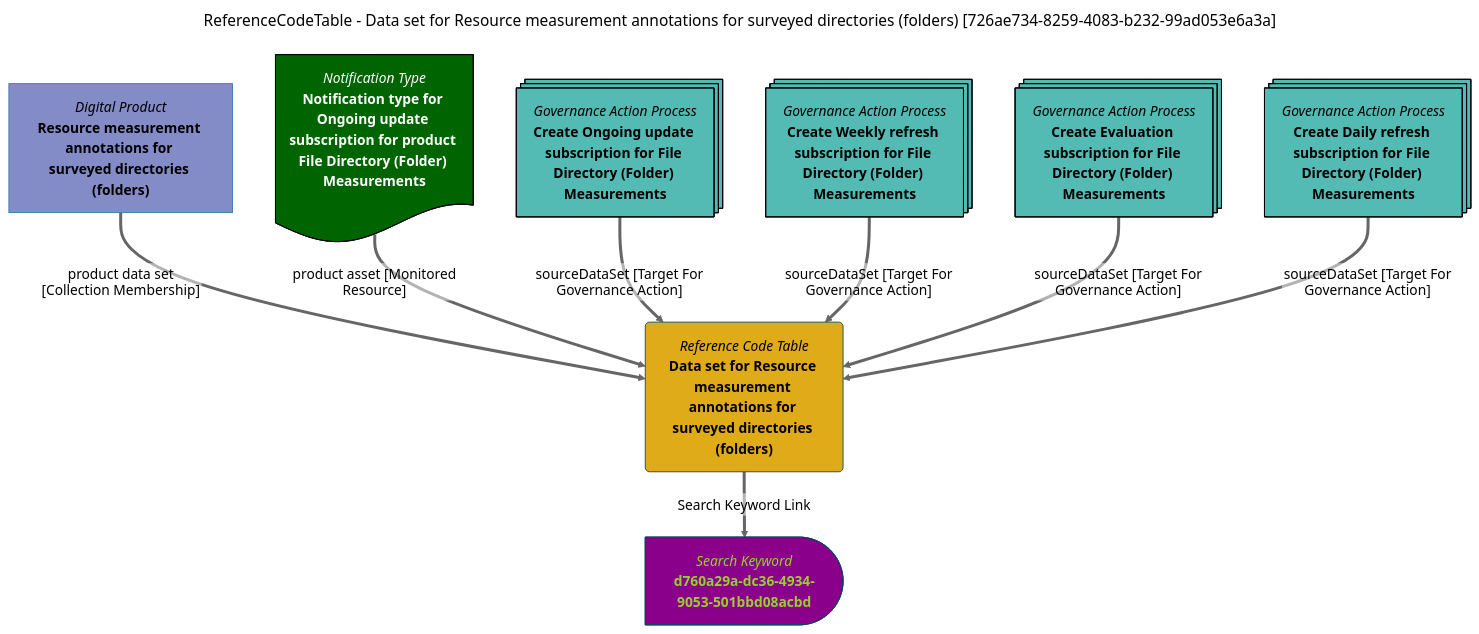
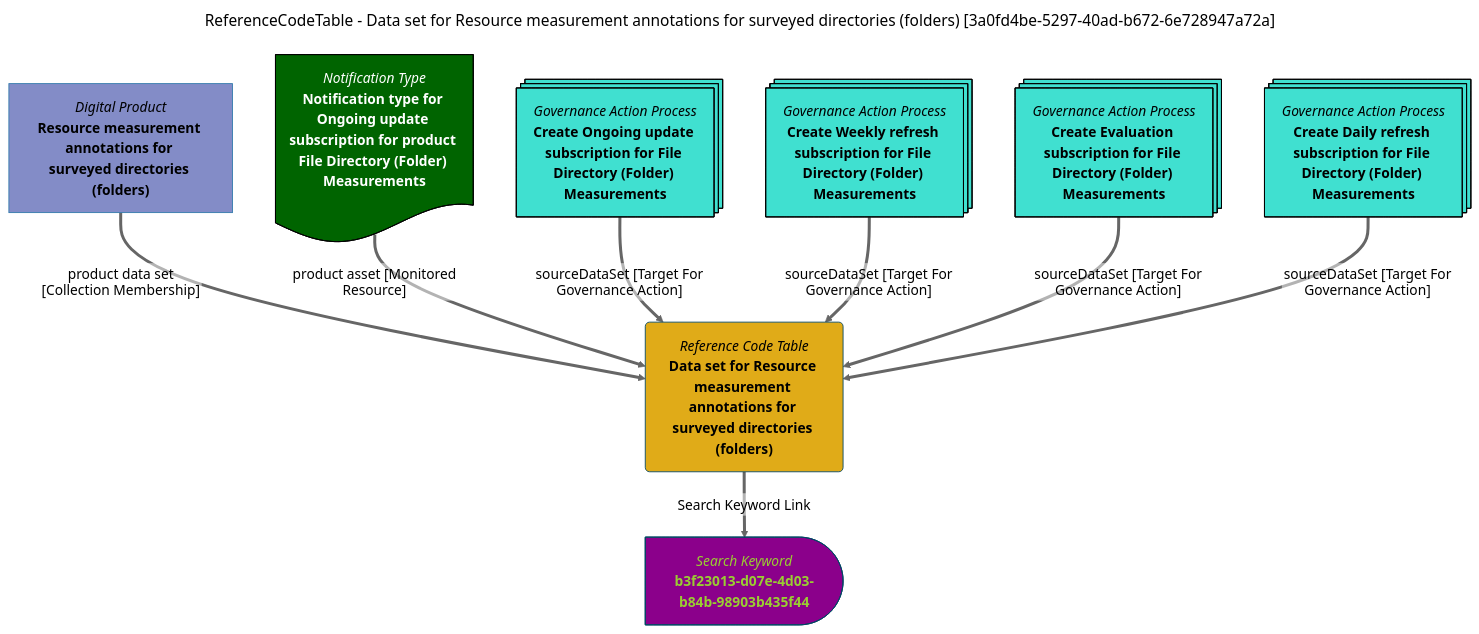
The diagram in site/snippets/data-assets/data-set-for-resource-measurement-annotations-for-surveyed-directories-(folders)-mermaid-graph.md (odpi/egeria-docs), drawn with Mermaid (neutral theme) before and after one commit. The commit also changed 2201 other files, not shown here.

````diff
--- a/site/snippets/data-assets/data-set-for-resource-measurement-annotations-for-surveyed-directories-(folders)-mermaid-graph.md
+++ b/site/snippets/data-assets/data-set-for-resource-measurement-annotations-for-surveyed-directories-(folders)-mermaid-graph.md
@@ -1,39 +1,39 @@
 ```mermaid
 ---
-title: ReferenceCodeTable - Data set for Resource measurement annotations for surveyed directories (folders) [726ae734-8259-4083-b232-99ad053e6a3a]
+title: ReferenceCodeTable - Data set for Resource measurement annotations for surveyed directories (folders) [3a0fd4be-5297-40ad-b672-6e728947a72a]
 ---
 flowchart TD
 %%{init: {"flowchart": {"htmlLabels": false}} }%%
 
 1@{ shape: rounded, label: "*Reference Code Table*
 **Data set for Resource measurement annotations for surveyed directories (folders)**"}
 2@{ shape: delay, label: "*Search Keyword*
-**d760a29a-dc36-4934-9053-501bbd08acbd**"}
+**b3f23013-d07e-4d03-b84b-98903b435f44**"}
 1==>|"Search Keyword Link"|2
 3@{ shape: rect, label: "*Digital Product*
 **Resource measurement annotations for surveyed directories (folders)**"}
 3==>|"product data set [Collection Membership]"|1
 4@{ shape: doc, label: "*Notification Type*
 **Notification type for Ongoing update subscription for product File Directory (Folder) Measurements**"}
 4==>|"product asset [Monitored Resource]"|1
 5@{ shape: processes, label: "*Governance Action Process*
 **Create Ongoing update subscription for File Directory (Folder) Measurements**"}
 5==>|"sourceDataSet [Target For Governance Action]"|1
 6@{ shape: processes, label: "*Governance Action Process*
 **Create Weekly refresh subscription for File Directory (Folder) Measurements**"}
 6==>|"sourceDataSet [Target For Governance Action]"|1
 7@{ shape: processes, label: "*Governance Action Process*
 **Create Evaluation subscription for File Directory (Folder) Measurements**"}
 7==>|"sourceDataSet [Target For Governance Action]"|1
 8@{ shape: processes, label: "*Governance Action Process*
 **Create Daily refresh subscription for File Directory (Folder) Measurements**"}
 8==>|"sourceDataSet [Target For Governance Action]"|1
 style 1 color:#000000, fill:#e0ab18, stroke:#004563
-style 2 color:#9acd32, fill:#8b008b, stroke:#004563
+style 2 color:#9ACD32, fill:#8B008B, stroke:#004563
 style 3 color:#000000, fill:#838cc7, stroke:#3079ab
 style 4 color:#FFFFFF, fill:#006400, stroke:#000000
-style 5 color:#000000, fill:#53bbb4, stroke:#000000
-style 6 color:#000000, fill:#53bbb4, stroke:#000000
-style 7 color:#000000, fill:#53bbb4, stroke:#000000
-style 8 color:#000000, fill:#53bbb4, stroke:#000000
+style 5 color:#000000, fill:#40E0D0, stroke:#000000
+style 6 color:#000000, fill:#40E0D0, stroke:#000000
+style 7 color:#000000, fill:#40E0D0, stroke:#000000
+style 8 color:#000000, fill:#40E0D0, stroke:#000000
 ```
````
